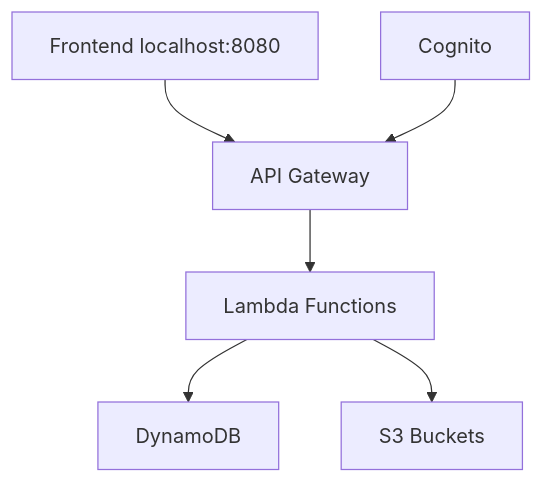
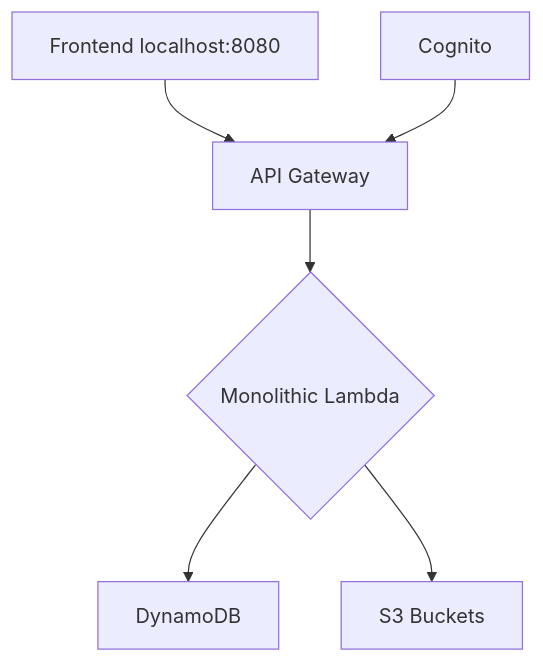
The second of 3 diagrams in Documents/construction.md (AkumaBlazeX/bolt-achomate), drawn with Mermaid before and after one commit. The commit also changed other lines of this file, not shown here.

````diff
--- a/Documents/construction.md
+++ b/Documents/construction.md
@@ -158,8 +107,8 @@
 ```mermaid
 graph TD
     A[Frontend localhost:8080] --> B[API Gateway]
-    B --> C[Lambda Functions]
+    B --> C{Monolithic Lambda}
     C --> D[DynamoDB]
     C --> E[S3 Buckets]
     F[Cognito] --> B
 ```
````
